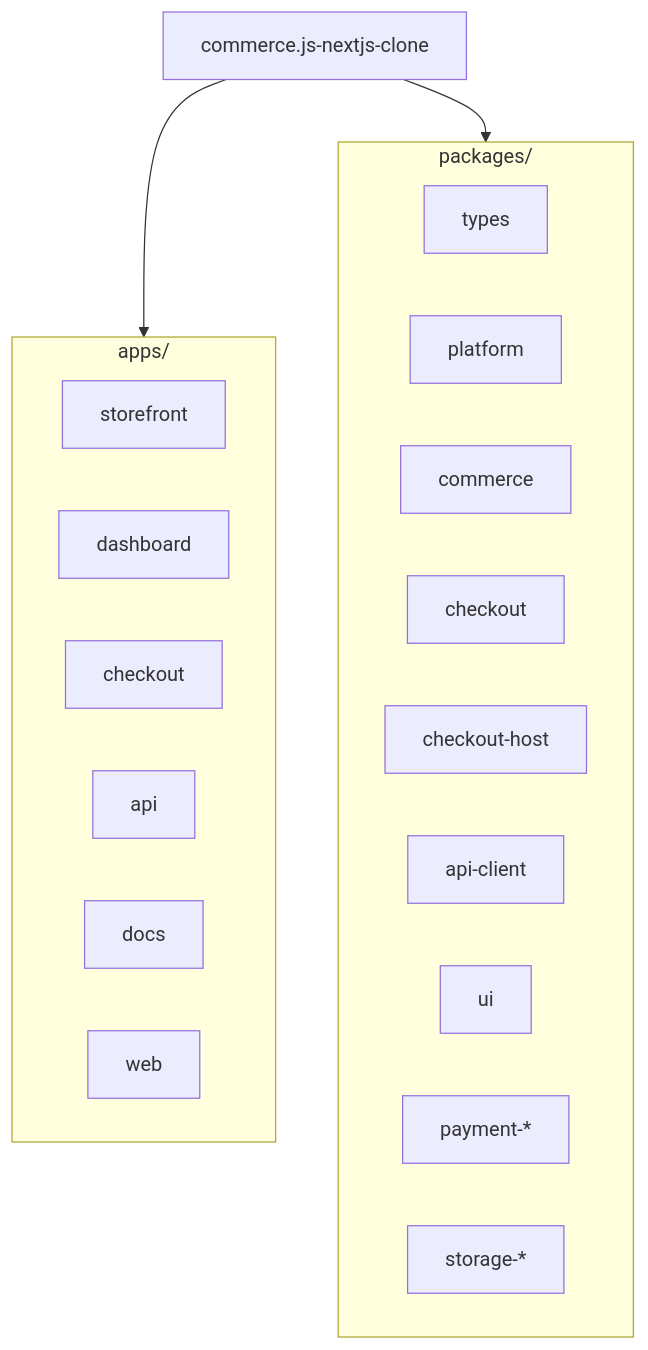
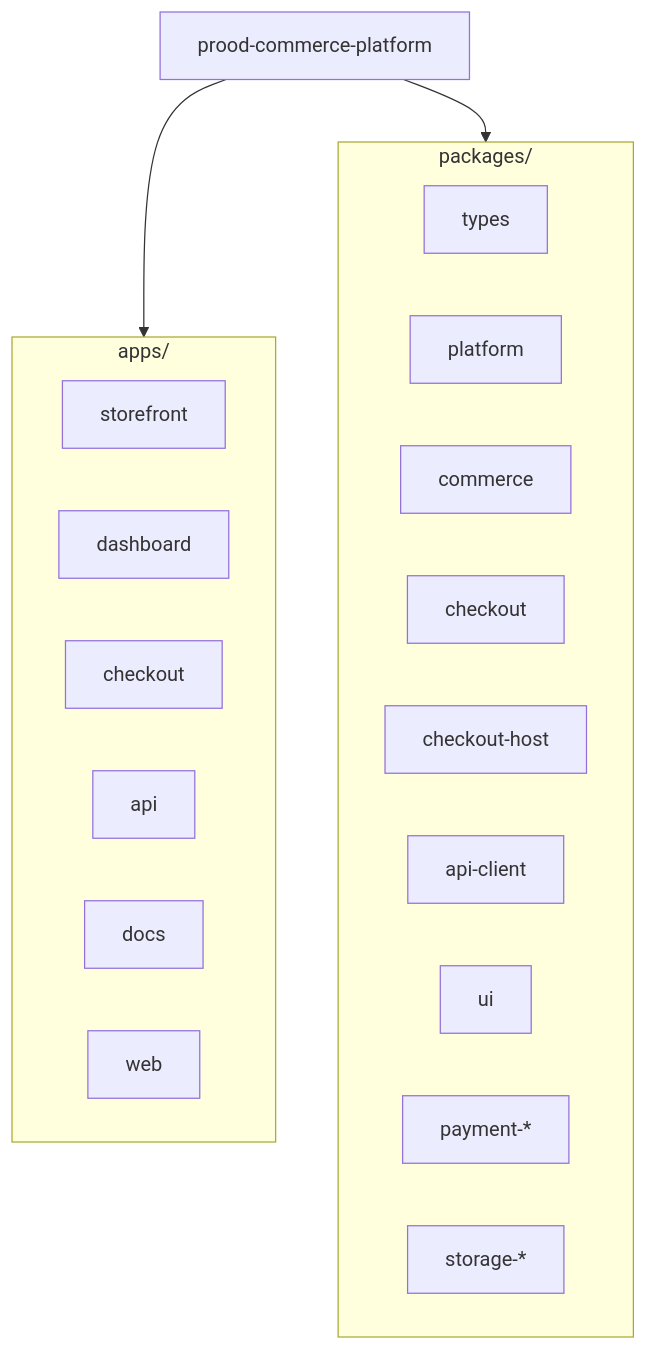
One commit to rodrigobarona/commerce.js-nextjs-clone changed the diagram in apps/docs/content/docs/getting-started/installation.mdx. Above: the diagram before and after it, drawn with Mermaid. The commit also changed other lines of this file and 1 other file, not shown here.

Commit message:
Rename repo references from commerce.js-nextjs-clone to prood-commerce-platform.

````diff
--- a/apps/docs/content/docs/getting-started/installation.mdx
+++ b/apps/docs/content/docs/getting-started/installation.mdx
@@ -97,28 +97,28 @@
 ```mermaid
 flowchart TB
-  ROOT[commerce.js-nextjs-clone]
+  ROOT[prood-commerce-platform]
 
   subgraph apps [apps/]
     SF[storefront]
     DB[dashboard]
     CHK[checkout]
     API[api]
     DOCS[docs]
     WEB[web]
   end
 
   subgraph packages [packages/]
     TYPES[types]
     PLATFORM[platform]
     COMMERCE[commerce]
     CHPKG[checkout]
     HOST[checkout-host]
     CLIENT[api-client]
     UI[ui]
     PAY[payment-*]
     STORE[storage-*]
   end
 
   ROOT --> apps
   ROOT --> packages
 ```
````
